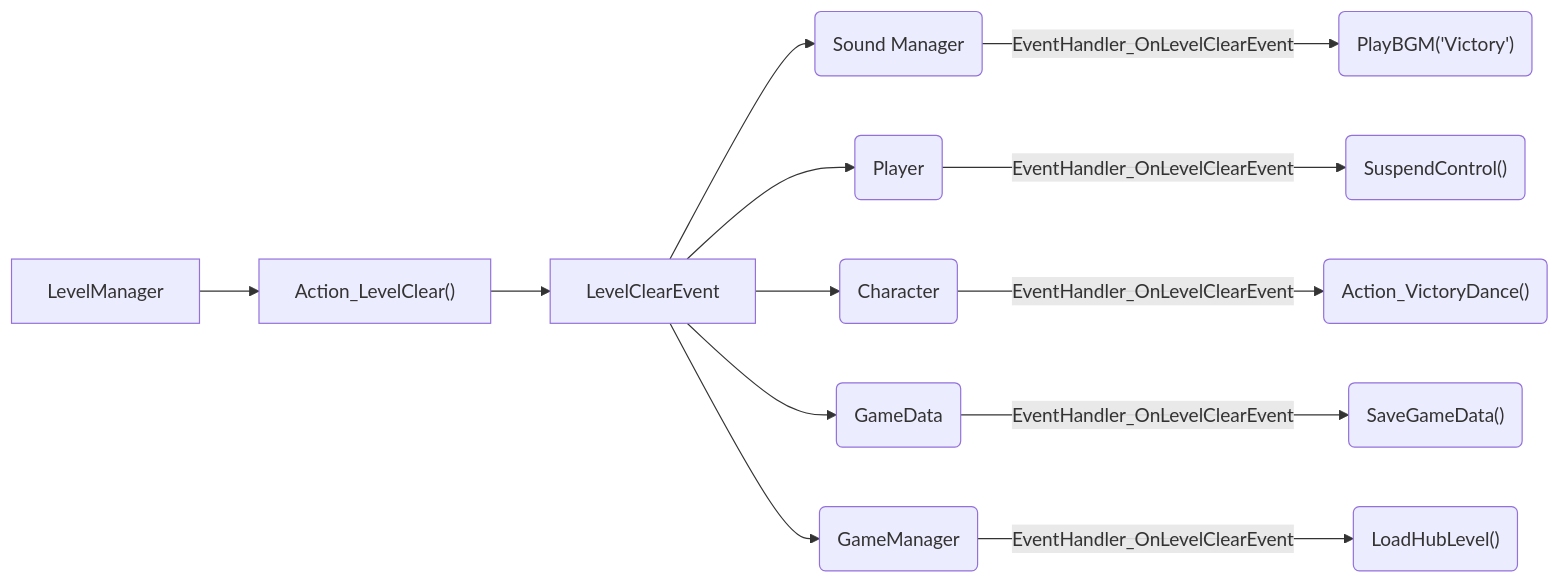
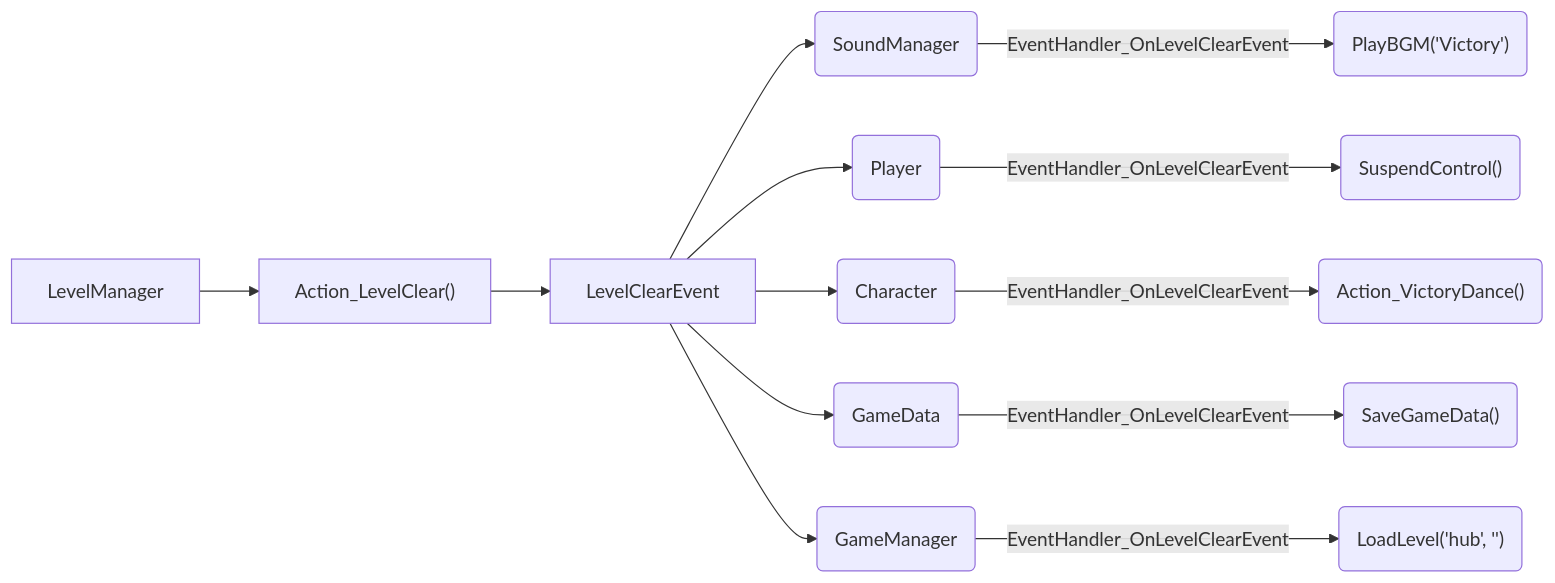
Before and after one commit to gsg-jay/GamePatterns: the sixth of 7 diagrams in EventFlow.md, drawn with Mermaid. The commit also changed other lines of this file, not shown here.

````diff
--- a/EventFlow.md
+++ b/EventFlow.md
@@ -3,11 +58,11 @@
 ```mermaid
 flowchart LR;
 lm["LevelManager"]
 lm-->lc["Action_LevelClear()"]
 lc-->e["LevelClearEvent"]
-e-->sm("Sound Manager")-->|EventHandler_OnLevelClearEvent|smeh("PlayBGM('Victory')")
+e-->sm("SoundManager")-->|EventHandler_OnLevelClearEvent|smeh("PlayBGM('Victory')")
 e-->p("Player")-->|EventHandler_OnLevelClearEvent|peh("SuspendControl()")
 e-->ch("Character")-->|EventHandler_OnLevelClearEvent|cheh("Action_VictoryDance()")
 e-->gd("GameData")-->|EventHandler_OnLevelClearEvent|gdeh("SaveGameData()")
-e-->gm("GameManager")-->|EventHandler_OnLevelClearEvent|gmeh("LoadHubLevel()");
+e-->gm("GameManager")-->|EventHandler_OnLevelClearEvent|gmeh("LoadLevel('hub', '')");
 ```
````
